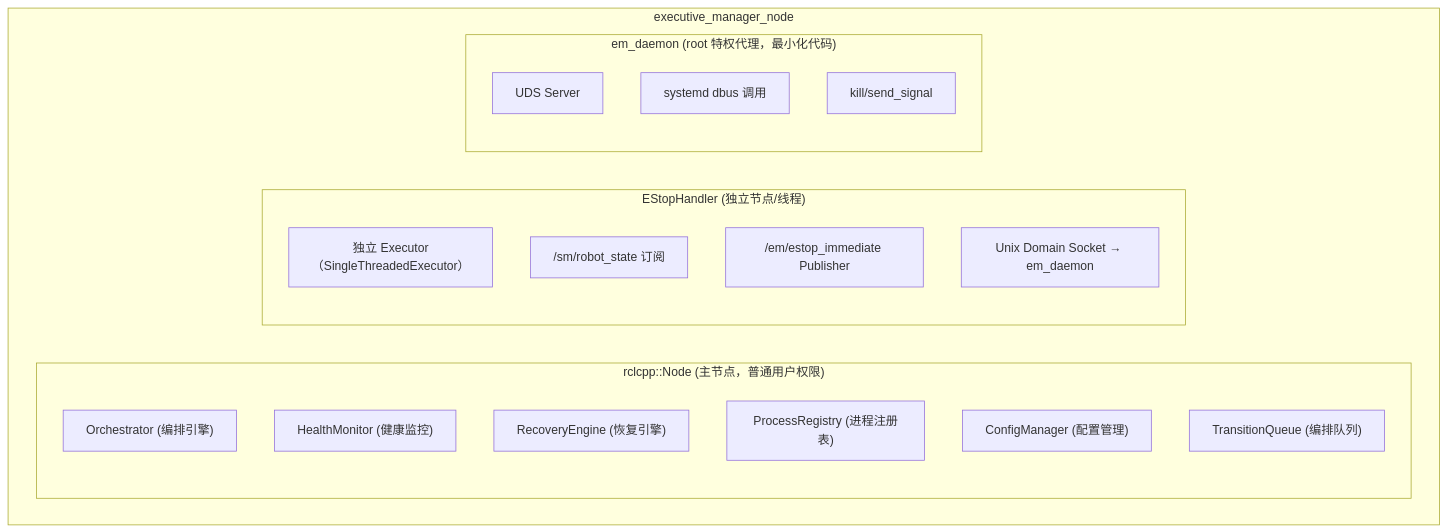
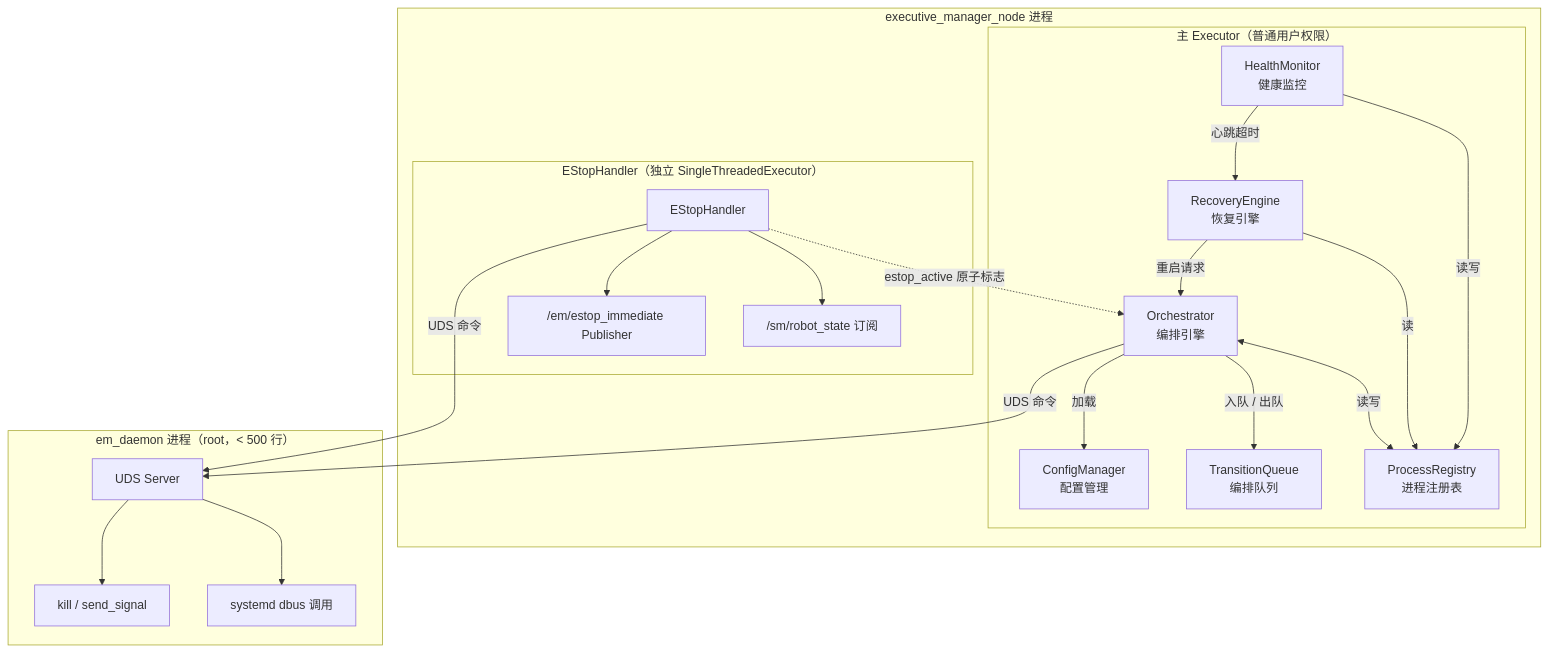
Before and after one commit to Tomaxwell/HomoBot: the third of 7 diagrams in design/layer_06_middleware/em_design_v2.md, drawn with Mermaid. The commit also changed other lines of this file and 12 other files, not shown here.

````diff
--- a/design/layer_06_middleware/em_design_v2.md
+++ b/design/layer_06_middleware/em_design_v2.md
@@ -328,26 +353,41 @@
 ```mermaid
 flowchart TB
-    subgraph EMNode["executive_manager_node"]
-        subgraph MainNode["rclcpp::Node (主节点，普通用户权限)"]
-            Orchestrator["Orchestrator (编排引擎)"]
-            HealthMonitor["HealthMonitor (健康监控)"]
-            RecoveryEngine["RecoveryEngine (恢复引擎)"]
-            ProcessRegistry["ProcessRegistry (进程注册表)"]
-            ConfigManager["ConfigManager (配置管理)"]
-            TransitionQueue["TransitionQueue (编排队列)"]
+    subgraph EMProc["executive_manager_node 进程"]
+        subgraph MainExec["主 Executor（普通用户权限）"]
+            Orch["Orchestrator<br/>编排引擎"]
+            HM["HealthMonitor<br/>健康监控"]
+            RE["RecoveryEngine<br/>恢复引擎"]
+            PR["ProcessRegistry<br/>进程注册表"]
+            CM["ConfigManager<br/>配置管理"]
+            TQ["TransitionQueue<br/>编排队列"]
         end
 
-        subgraph EStop["EStopHandler (独立节点/线程)"]
-            EStopExec["独立 Executor（SingleThreadedExecutor）"]
-            EStopSub["/sm/robot_state 订阅"]
-            EStopPub["/em/estop_immediate Publisher"]
-            EStopUDS["Unix Domain Socket → em_daemon"]
-        end
-
-        subgraph Daemon["em_daemon (root 特权代理，最小化代码)"]
-            UDS["UDS Server"]
-            DBus["systemd dbus 调用"]
-            Kill["kill/send_signal"]
+        subgraph EStop["EStopHandler（独立 SingleThreadedExecutor）"]
+            ESH["EStopHandler"]
+            ESHSub["/sm/robot_state 订阅"]
+            ESHPub["/em/estop_immediate Publisher"]
         end
     end
+
+    subgraph DaemonProc["em_daemon 进程（root，&lt; 500 行）"]
+        UDS["UDS Server"]
+        DBus["systemd dbus 调用"]
+        Kill["kill / send_signal"]
+    end
+
+    Orch <-->|读写| PR
+    HM -->|读写| PR
+    RE -->|读| PR
+    Orch -->|入队 / 出队| TQ
+    Orch -->|加载| CM
+    HM -->|心跳超时| RE
+    RE -->|重启请求| Orch
+
+    ESH -.->|estop_active 原子标志| Orch
+    ESH --> ESHSub
+    ESH --> ESHPub
+    ESH -->|UDS 命令| UDS
+    Orch -->|UDS 命令| UDS
+    UDS --> DBus
+    UDS --> Kill
 ```
````
